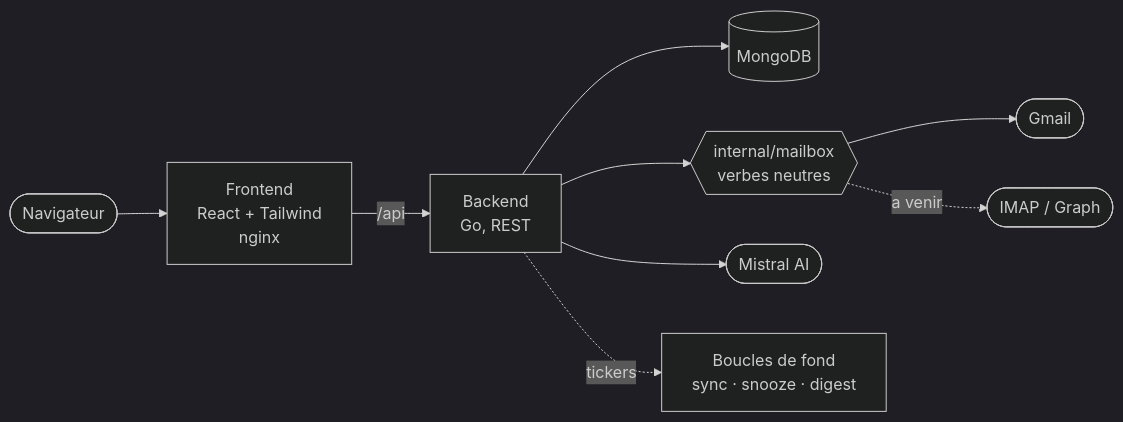
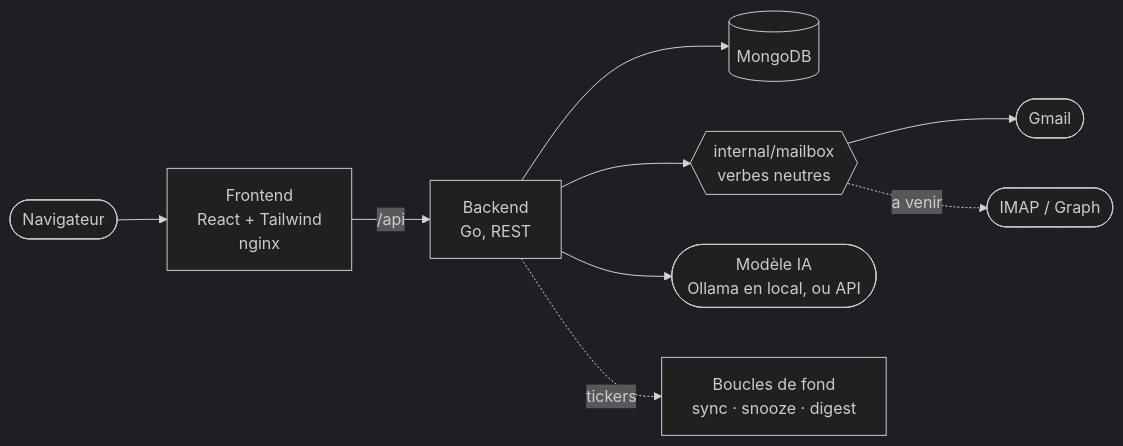
Before and after one commit to nohe-sohbi/Mailsorter: the diagram in README.md, drawn with Mermaid (dark theme). The commit also changed other lines of this file and 2 other files, not shown here.

First line of the commit message:
feat(local): let `make up` run the AI on a local model

````diff
--- a/README.md
+++ b/README.md
@@ -130,11 +195,11 @@
 ```mermaid
 flowchart LR
   U([Navigateur]) --> F["Frontend<br/>React + Tailwind<br/>nginx"]
   F -->|"/api"| B["Backend<br/>Go, REST"]
   B --> M[("MongoDB")]
   B --> X{{"internal/mailbox<br/>verbes neutres"}}
   X --> G([Gmail])
   X -.->|a venir| I([IMAP / Graph])
-  B --> AI([Mistral AI])
+  B --> AI(["Modèle IA<br/>Ollama en local, ou API"])
   B -.->|tickers| S["Boucles de fond<br/>sync · snooze · digest"]
 ```
````
